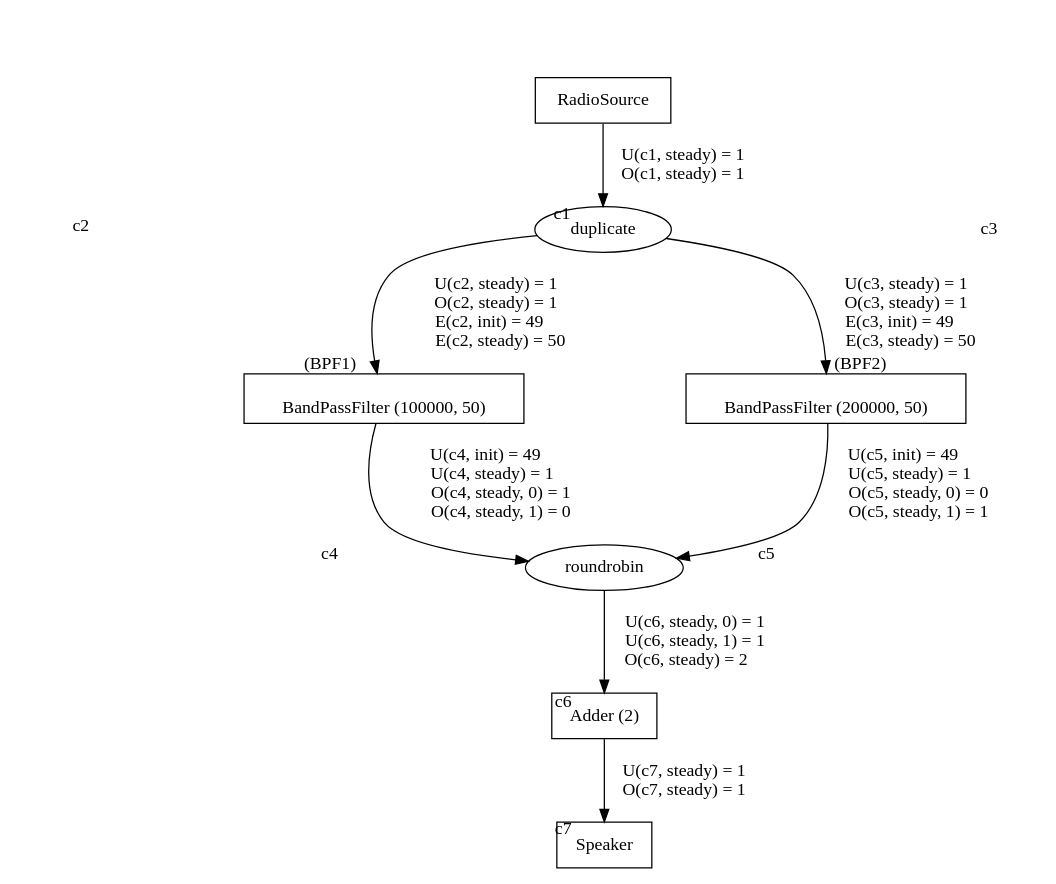
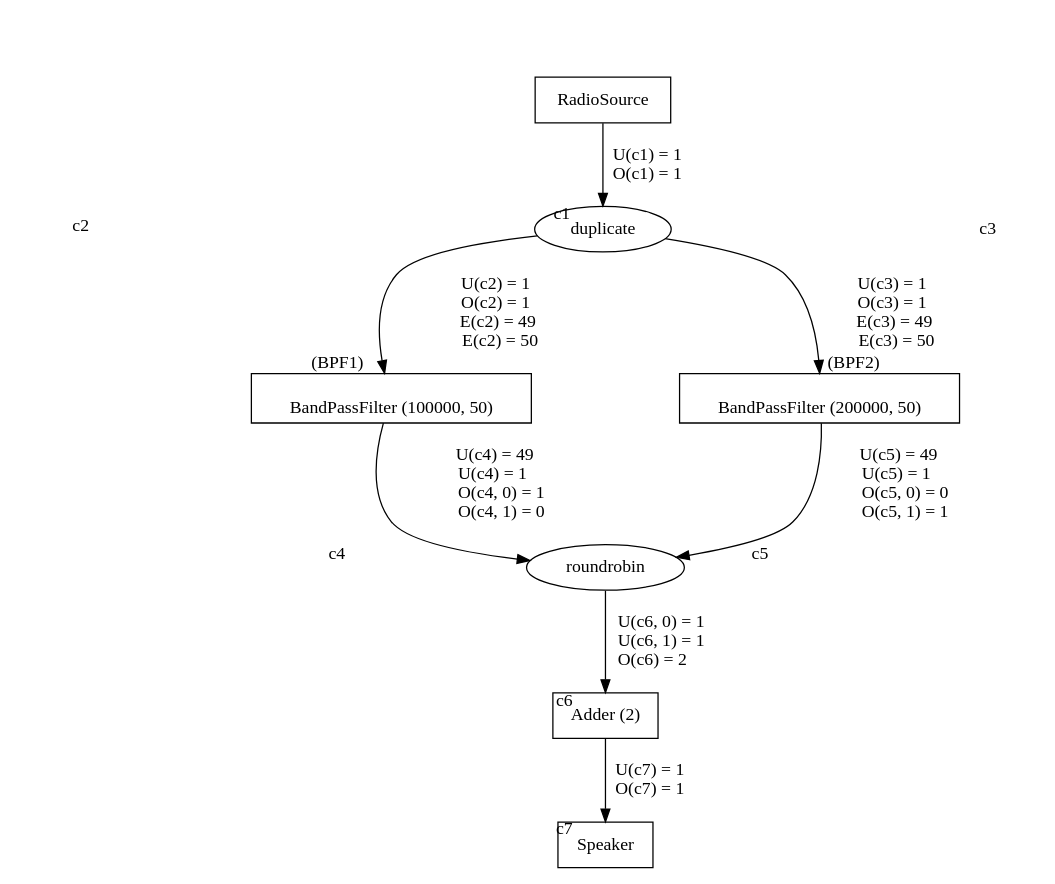
One commit to rrnewton/StreamIt changed the diagram in streams/docs/esop03/equalizer.dot. Above: the diagram before and after it, drawn with Graphviz. The commit also changed 9 other files, not shown here.

```diff
--- a/streams/docs/esop03/equalizer.dot
+++ b/streams/docs/esop03/equalizer.dot
@@ -1,14 +1,14 @@
 digraph G {
 RadioSource [shape=box];
 Speaker [shape=box];
 BPF1 [label="\nBandPassFilter (100000, 50)" shape=box];
 BPF2 [label="\nBandPassFilter (200000, 50)" shape=box];
 "Adder (2)" [shape=box];
-duplicate -> BPF1 [headlabel="\n\n\n(BPF1)   " taillabel="\n\n\n\n\n\n\n\n\n\nc2                                                                                        " label="U(c2, steady) = 1                                           \nO(c2, steady) = 1                                           \nE(c2, init) = 49                                              \nE(c2, steady) = 50                                         "];
-duplicate -> BPF2 [headlabel="\n\n\n(BPF2)   " taillabel="\n\n\n\n\n\n\n\n\n                                                              c3" label="U(c3, steady) = 1     \nO(c3, steady) = 1     \nE(c3, init) = 49        \nE(c3, steady) = 50   "];
-BPF1 -> roundrobin [taillabel="\n\n\n\n\n\nc4       " label="U(c4, init) = 49                                                \nU(c4, steady) = 1                                             \nO(c4, steady, 0) = 1                                         \nO(c4, steady, 1) = 0                                         \n"];
-BPF2 -> roundrobin [taillabel="\n\n\n\n\n\nc5          " label="U(c5, init) = 49       \nU(c5, steady) = 1    \nO(c5, steady, 0) = 0\nO(c5, steady, 1) = 1\n"];
-roundrobin -> "Adder (2)" [taillabel="\n\n\n\n\nc6      " label="U(c6, steady, 0) = 1\nU(c6, steady, 1) = 1\nO(c6, steady) = 2    "];
-RadioSource -> duplicate [taillabel="\n\n\n\nc1      " label="U(c1, steady) = 1\nO(c1, steady) = 1"];
-"Adder (2)" -> Speaker [taillabel="\n\n\n\nc7      " label="U(c7, steady) = 1\nO(c7, steady) = 1"];
+duplicate -> BPF1 [headlabel="\n\n\n(BPF1)   " taillabel="\n\n\n\n\n\n\n\n\n\nc2                                                                                        " label="U(c2) = 1                                           \nO(c2) = 1                                           \n     E(c2) = 49                                              \nE(c2) = 50                                         "];
+duplicate -> BPF2 [headlabel="\n\n\n(BPF2)   " taillabel="\n\n\n\n\n\n\n\n\n                                                              c3" label="U(c3) = 1     \nO(c3) = 1     \n     E(c3) = 49        \nE(c3) = 50   "];
+BPF1 -> roundrobin [taillabel="\n\n\n\n\n\nc4       " label="     U(c4) = 49                                                \nU(c4) = 1                                             \nO(c4, 0) = 1                                         \nO(c4, 1) = 0                                         \n"];
+BPF2 -> roundrobin [taillabel="\n\n\n\n\n\nc5          " label="     U(c5) = 49       \nU(c5) = 1    \nO(c5, 0) = 0\nO(c5, 1) = 1\n"];
+roundrobin -> "Adder (2)" [taillabel="\n\n\n\n\nc6      " label="U(c6, 0) = 1\nU(c6, 1) = 1\nO(c6) = 2    "];
+RadioSource -> duplicate [taillabel="\n\n\n\nc1      " label="U(c1) = 1\nO(c1) = 1"];
+"Adder (2)" -> Speaker [taillabel="\n\n\n\nc7      " label="U(c7) = 1\nO(c7) = 1"];
 }
```
